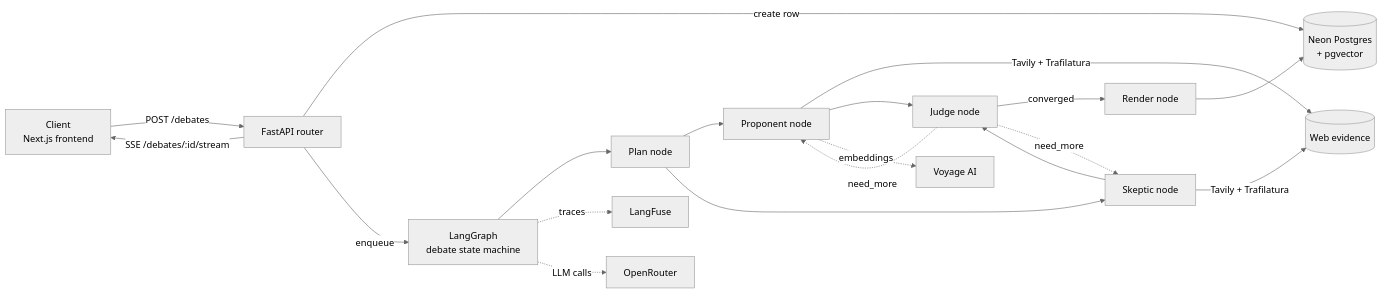
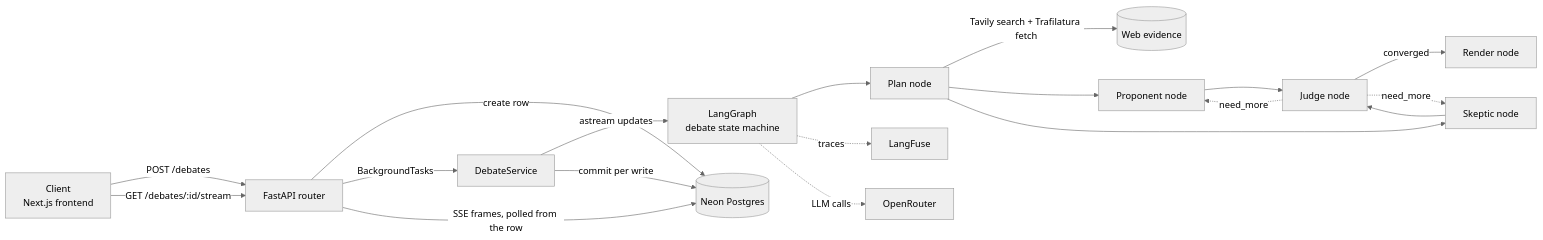
The first of 4 diagrams in docs/ARCHITECTURE.md (Abdul-Muizz1310/paper-trail-backend), drawn with Mermaid (neutral theme) before and after one commit. The commit also changed other lines of this file and 21 other files, not shown here.

````diff
--- a/docs/ARCHITECTURE.md
+++ b/docs/ARCHITECTURE.md
@@ -5,24 +5,24 @@
 ```mermaid
 flowchart LR
     Client[Client<br/>Next.js frontend] -->|POST /debates| API[FastAPI router]
-    API -->|create row| DB[(Neon Postgres<br/>+ pgvector)]
-    API -->|enqueue| Graph[LangGraph<br/>debate state machine]
+    API -->|create row| DB[(Neon Postgres)]
+    API -->|BackgroundTasks| Svc[DebateService]
+    Svc -->|astream updates| Graph[LangGraph<br/>debate state machine]
+    Svc -->|commit per write| DB
 
     Graph --> Plan[Plan node]
+    Plan -->|Tavily search + Trafilatura fetch| Web[(Web evidence)]
     Plan --> Prop[Proponent node]
     Plan --> Skep[Skeptic node]
-    Prop -->|Tavily + Trafilatura| Web[(Web evidence)]
-    Skep -->|Tavily + Trafilatura| Web
     Prop --> Judge[Judge node]
     Skep --> Judge
     Judge -->|converged| Render[Render node]
     Judge -.->|need_more| Prop
     Judge -.->|need_more| Skep
-    Render --> DB
 
-    API -->|SSE /debates/:id/stream| Client
+    Client -->|GET /debates/:id/stream| API
+    API -->|SSE frames, polled from the row| DB
 
     Graph -.->|traces| LF[LangFuse]
     Graph -.->|LLM calls| OR[OpenRouter]
-    Prop -.->|embeddings| Voy[Voyage AI]
 ```
````
